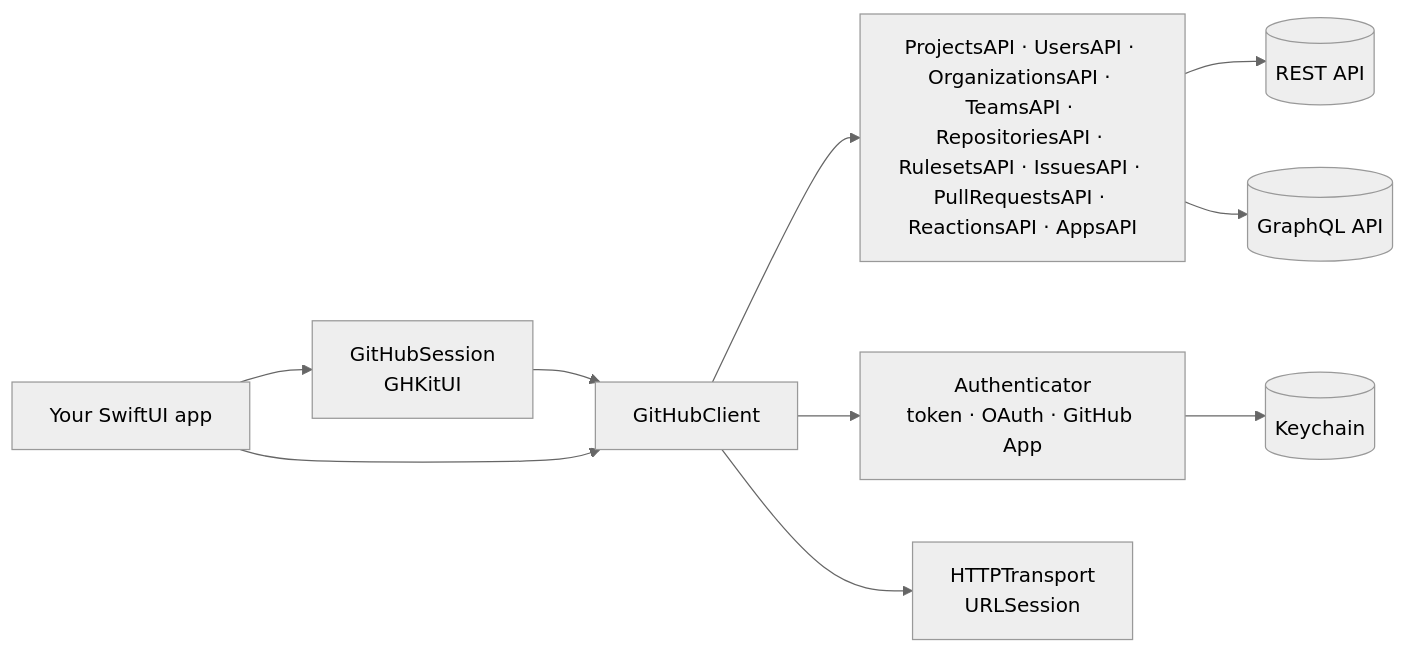
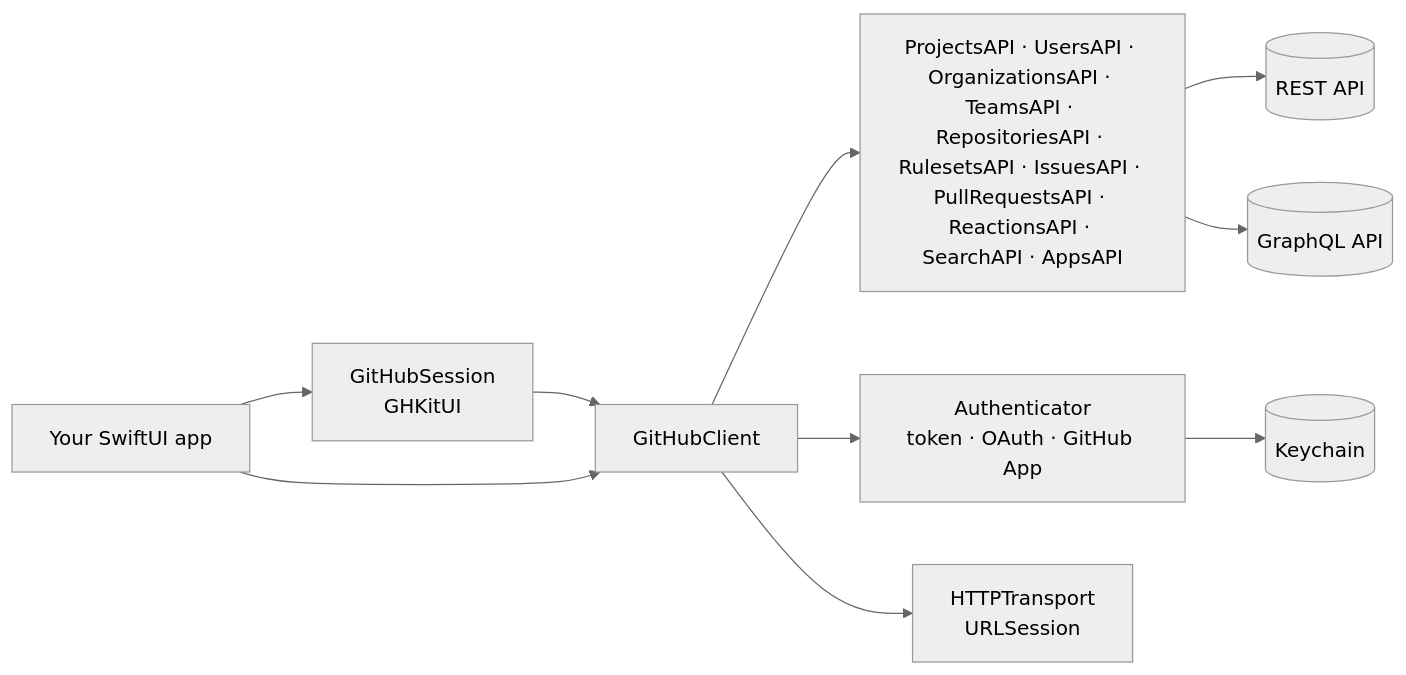
Before and after one commit to emmanuel-defreitas/GHKit: the diagram in README.md, drawn with Mermaid (neutral theme). The commit also changed 16 other files, not shown here.

First line of the commit message:
feat(search): search code, commits, issues, labels, repositories, topics, and users

````diff
--- a/README.md
+++ b/README.md
@@ -331,12 +331,12 @@
 ```mermaid
 graph LR
     App[Your SwiftUI app] --> Session[GitHubSession<br/>GHKitUI]
     Session --> Client[GitHubClient]
     App --> Client
-    Client --> APIs[ProjectsAPI · UsersAPI · OrganizationsAPI · TeamsAPI · RepositoriesAPI · RulesetsAPI · IssuesAPI · PullRequestsAPI · ReactionsAPI · AppsAPI]
+    Client --> APIs[ProjectsAPI · UsersAPI · OrganizationsAPI · TeamsAPI · RepositoriesAPI · RulesetsAPI · IssuesAPI · PullRequestsAPI · ReactionsAPI · SearchAPI · AppsAPI]
     Client --> Auth[Authenticator<br/>token · OAuth · GitHub App]
     Client --> Transport[HTTPTransport<br/>URLSession]
     APIs --> REST[(REST API)]
     APIs --> GQL[(GraphQL API)]
     Auth --> Store[(Keychain)]
 ```
````
